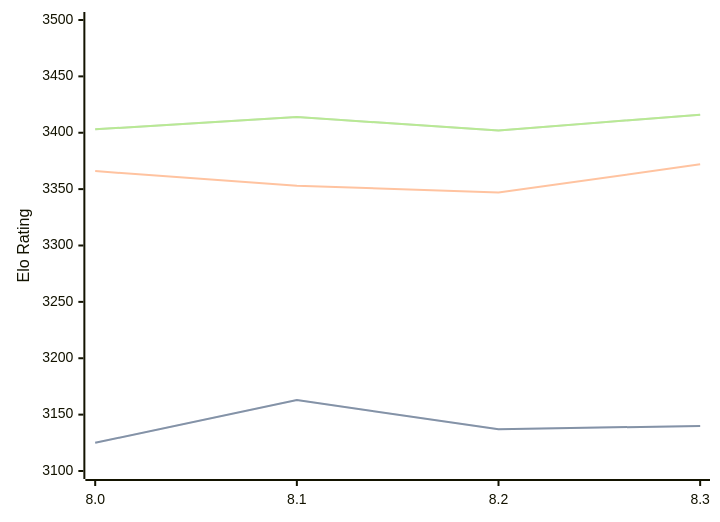
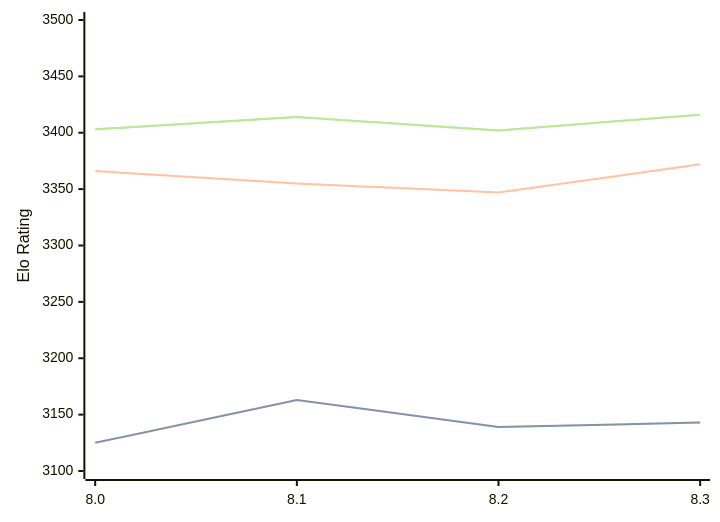
The diagram in engines/Alexander.md (computer-chess-index/cci), drawn with Mermaid before and after one commit. The commit also changed other lines of this file, not shown here.

````diff
--- a/engines/Alexander.md
+++ b/engines/Alexander.md
@@ -48,11 +48,11 @@
 ```mermaid
 %%{init: {"theme":"base","themeVariables":{"seriesColors:['#a3a3a3','#222221','#faa371']}}}%%
 xychart-beta
   x-axis ["8.0", "8.1", "8.2", "8.3"]
   y-axis "Elo Rating" 3100 --> 3500
-  line "STC (8.0+0.08s)" [3125, 3163, 3137, 3140]
-  line "STC (8.0+0.08s)" [3125, 3163, 3137, 3140]
-  line "LTC (60.0+0.60s)" [3366, 3353, 3347, 3372]
+  line "STC (8.0+0.08s)" [3125, 3163, 3139, 3143]
+  line "STC (8.0+0.08s)" [3125, 3163, 3139, 3143]
+  line "LTC (60.0+0.60s)" [3366, 3355, 3347, 3372]
   line "VLTC (2m24s+1.12s)" [3403, 3414, 3402, 3416]
   line "VLTC (2m24s+1.12s)" [3403, 3414, 3402, 3416]
 ```
````
